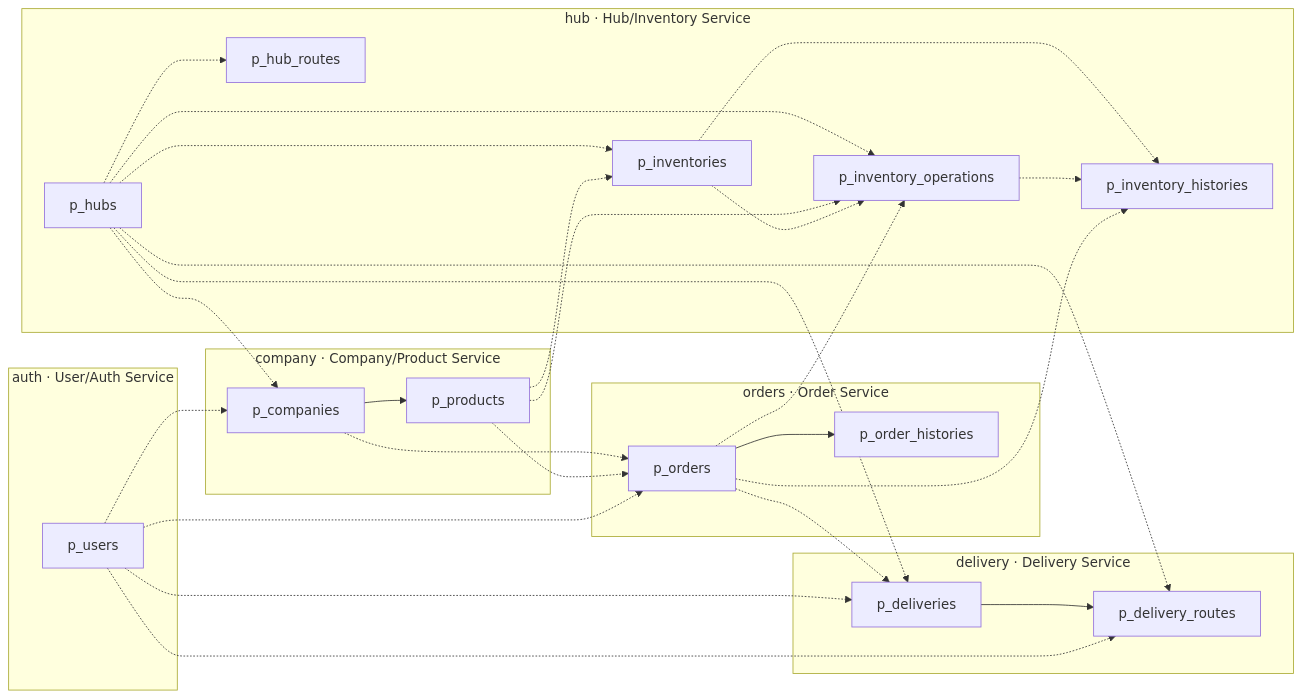
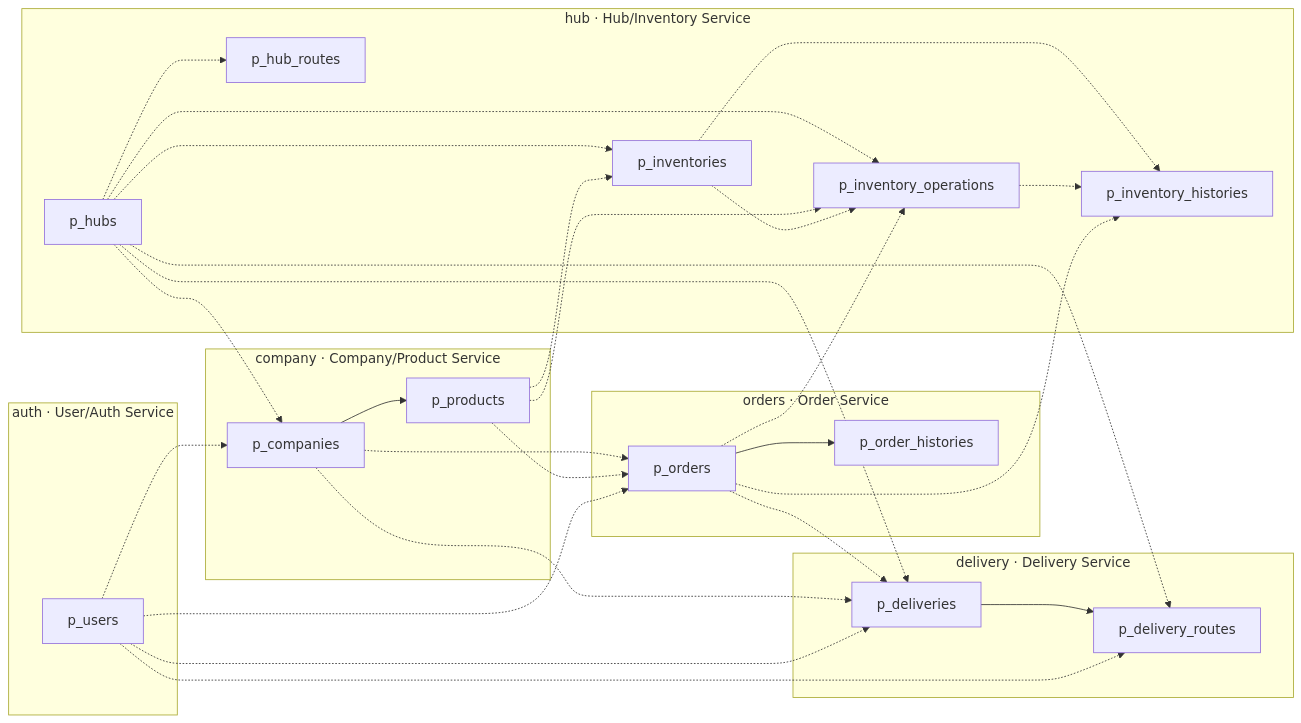
One commit to 01Commit10/sparta-logistics changed the first of 2 diagrams in docs/design/05 ERD.md. Above: the diagram before and after it, drawn with Mermaid. The commit also changed other lines of this file and 4 other files, not shown here.

````diff
--- a/docs/design/05 ERD.md
+++ b/docs/design/05 ERD.md
@@ -36,58 +36,59 @@
 ```mermaid
 flowchart LR
     subgraph AUTH["auth · User/Auth Service"]
         users[p_users]
     end
 
     subgraph HUB["hub · Hub/Inventory Service"]
         hubs[p_hubs]
         hub_routes[p_hub_routes]
         inventories[p_inventories]
         inv_op[p_inventory_operations]
         inv_hist[p_inventory_histories]
     end
 
     subgraph COMPANY["company · Company/Product Service"]
         companies[p_companies]
         products[p_products]
     end
 
     subgraph ORDERS["orders · Order Service"]
         orders[p_orders]
         order_hist[p_order_histories]
     end
 
     subgraph DELIVERY["delivery · Delivery Service"]
         deliveries[p_deliveries]
         dlv_routes[p_delivery_routes]
     end
 
     %% FK (같은 스키마)
     companies --> products
     orders --> order_hist
     deliveries --> dlv_routes
 
     %% REF (Hub 내부도 UUID만 저장하며 실제 FK 없음)
     hubs -.-> hub_routes
     hubs -.-> inventories
     hubs -.-> inv_op
     products -.-> inv_op
     inventories -.-> inv_op
     inventories -.-> inv_hist
     inv_op -.-> inv_hist
     orders -.-> inv_op
     orders -.-> inv_hist
 
     %% REF (서비스 간)
     products -.-> inventories
     hubs -.-> companies
     users -.-> companies
     companies -.-> orders
     products -.-> orders
     users -.-> orders
     orders -.-> deliveries
+    companies -.-> deliveries
     hubs -.-> deliveries
     users -.-> deliveries
     hubs -.-> dlv_routes
     users -.-> dlv_routes
 ```
````
